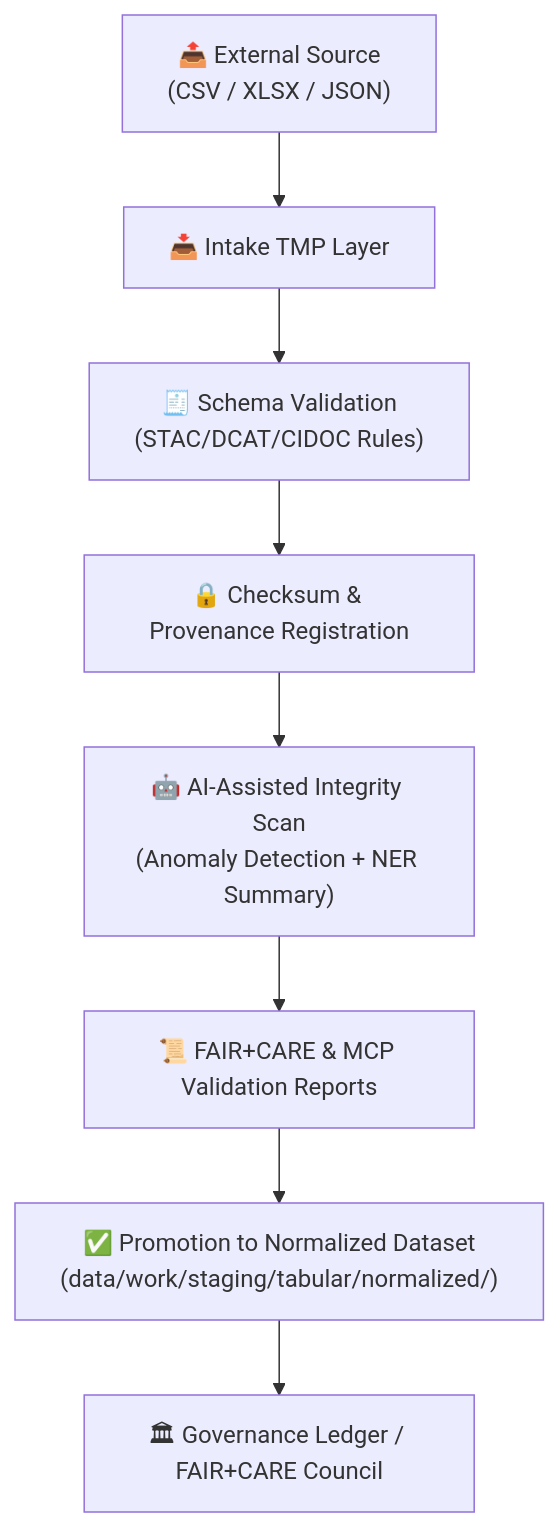
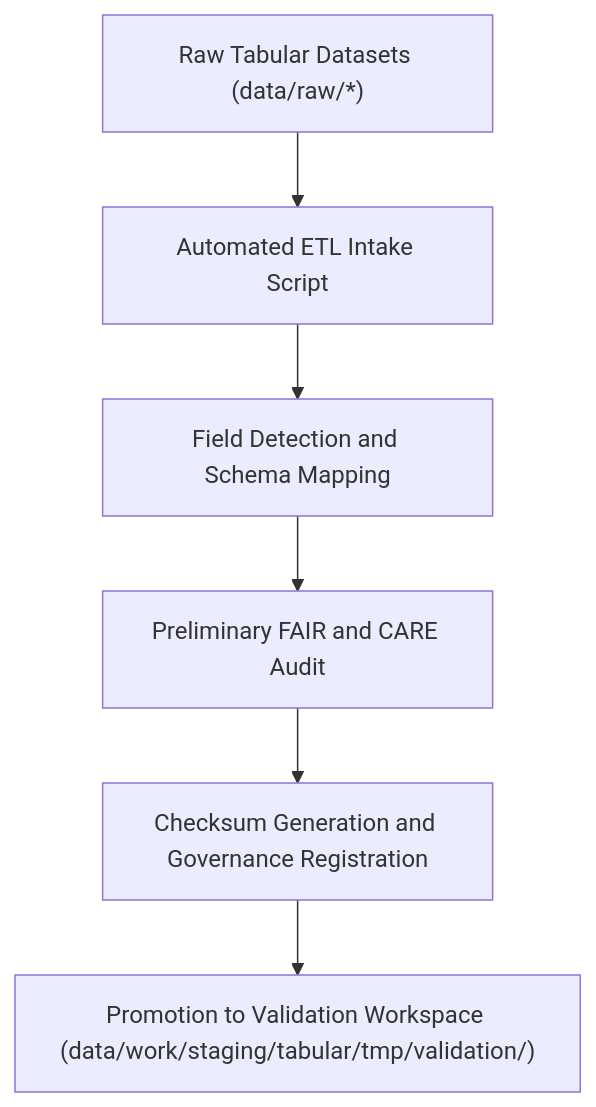
The diagram in data/work/staging/tabular/tmp/intake/README.md (bartytime4life/Kansas-Frontier-Matrix), drawn with Mermaid before and after one commit. The commit also changed other lines of this file, not shown here.

````diff
--- a/data/work/staging/tabular/tmp/intake/README.md
+++ b/data/work/staging/tabular/tmp/intake/README.md
@@ -81,10 +60,8 @@
 ```mermaid
 flowchart TD
-    A["📤 External Source\n(CSV / XLSX / JSON)"] --> B["📥 Intake TMP Layer"]
-    B --> C["🧾 Schema Validation\n(STAC/DCAT/CIDOC Rules)"]
-    C --> D["🔒 Checksum & Provenance Registration"]
-    D --> E["🤖 AI-Assisted Integrity Scan\n(Anomaly Detection + NER Summary)"]
-    E --> F["📜 FAIR+CARE & MCP Validation Reports"]
-    F --> G["✅ Promotion to Normalized Dataset\n(data/work/staging/tabular/normalized/)"]
-    G --> H["🏛 Governance Ledger / FAIR+CARE Council"]
+    A["Raw Tabular Datasets (data/raw/*)"] --> B["Automated ETL Intake Script"]
+    B --> C["Field Detection and Schema Mapping"]
+    C --> D["Preliminary FAIR and CARE Audit"]
+    D --> E["Checksum Generation and Governance Registration"]
+    E --> F["Promotion to Validation Workspace (data/work/staging/tabular/tmp/validation/)"]
 ```
````
